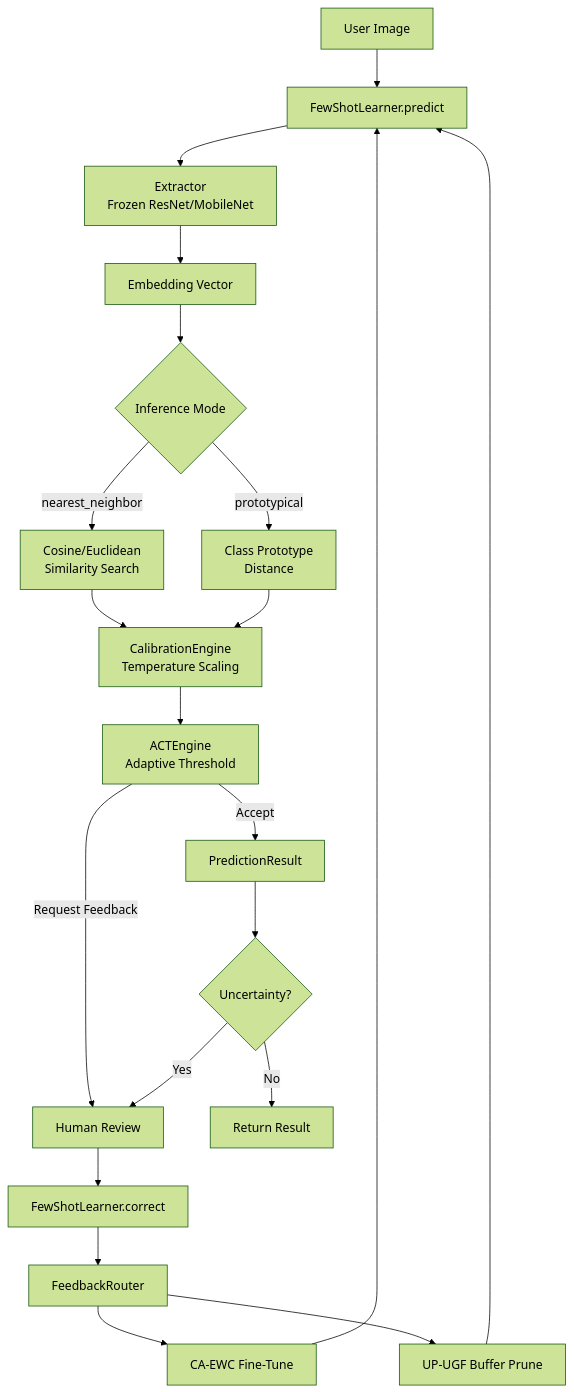
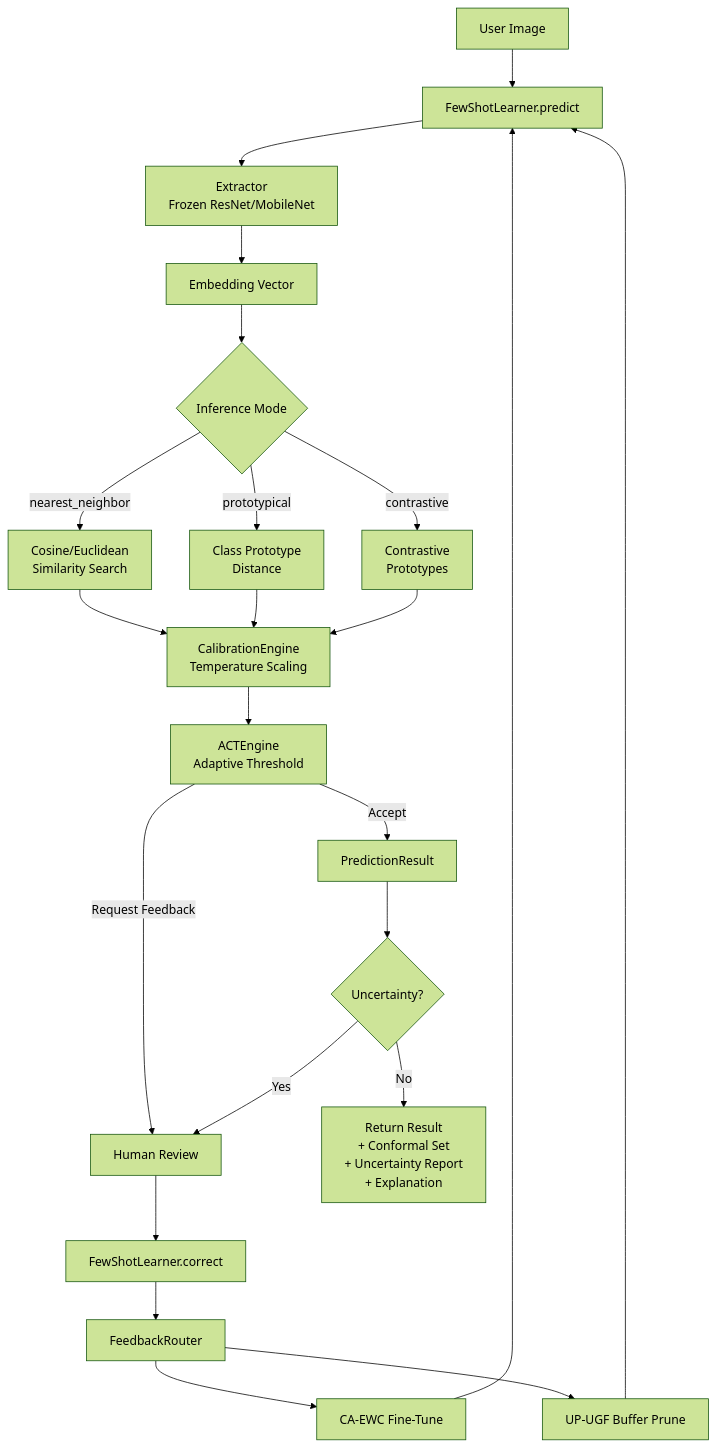
Before and after one commit to johnson2006christopher/adaptshot: the diagram in docs/index.md, drawn with Mermaid (forest theme). The commit also changed other lines of this file, not shown here.

````diff
--- a/docs/index.md
+++ b/docs/index.md
@@ -13,23 +13,25 @@
 ```mermaid
 graph TB
     A[User Image] --> B[FewShotLearner.predict]
     B --> C[Extractor<br/>Frozen ResNet/MobileNet]
     C --> D[Embedding Vector]
     D --> E{Inference Mode}
     E -->|nearest_neighbor| F[Cosine/Euclidean<br/>Similarity Search]
     E -->|prototypical| G[Class Prototype<br/>Distance]
     F --> H[CalibrationEngine<br/>Temperature Scaling]
     G --> H
+    E -->|contrastive| G2[Contrastive<br/>Prototypes]
+    G2 --> H
     H --> I[ACTEngine<br/>Adaptive Threshold]
     I -->|Accept| J[PredictionResult]
     I -->|Request Feedback| K[Human Review]
     K --> L[FewShotLearner.correct]
     L --> M[FeedbackRouter]
     M --> N[CA-EWC Fine-Tune]
     M --> O[UP-UGF Buffer Prune]
     N --> B
     O --> B
     J --> P{Uncertainty?}
     P -->|Yes| K
-    P -->|No| Q[Return Result]
+    P -->|No| Q[Return Result<br/>+ Conformal Set<br/>+ Uncertainty Report<br/>+ Explanation]
 ```
````
